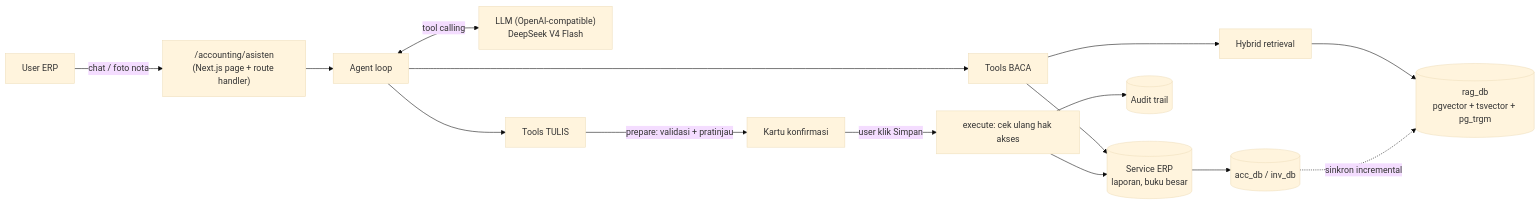
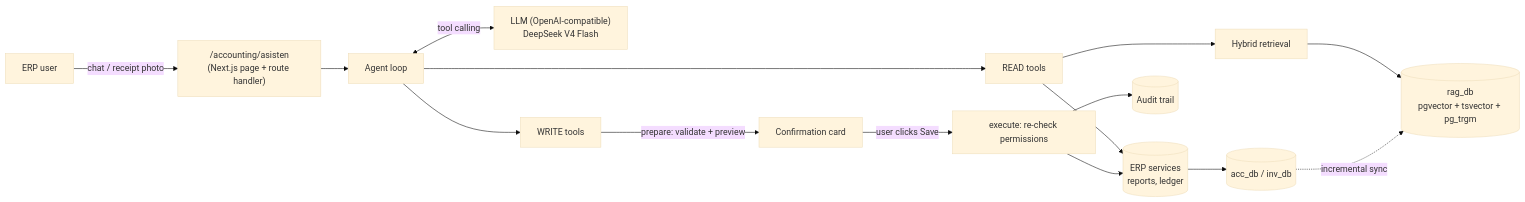
Before and after one commit to TaufikArsandi/RAG-BLS: the first of 2 diagrams in README.md, drawn with Mermaid (base theme). The commit also changed other lines of this file, not shown here.

````diff
--- a/README.md
+++ b/README.md
@@ -42,17 +42,17 @@
 ```mermaid
 flowchart LR
-  U[User ERP] -->|chat / foto nota| P["/accounting/asisten<br/>(Next.js page + route handler)"]
+  U[ERP user] -->|chat / receipt photo| P["/accounting/asisten<br/>(Next.js page + route handler)"]
   P --> A[Agent loop]
   A <-->|tool calling| L["LLM (OpenAI-compatible)<br/>DeepSeek V4 Flash"]
-  A --> R[Tools BACA]
-  A --> W[Tools TULIS]
-  R --> S[(Service ERP<br/>laporan, buku besar)]
+  A --> R[READ tools]
+  A --> W[WRITE tools]
+  R --> S[(ERP services<br/>reports, ledger)]
   R --> H[Hybrid retrieval]
   H --> V[("rag_db<br/>pgvector + tsvector + pg_trgm")]
-  W -->|prepare: validasi + pratinjau| C[Kartu konfirmasi]
-  C -->|user klik Simpan| X[execute: cek ulang hak akses]
+  W -->|prepare: validate + preview| C[Confirmation card]
+  C -->|user clicks Save| X[execute: re-check permissions]
   X --> S
   X --> AU[(Audit trail)]
   S --> DB[(acc_db / inv_db)]
-  DB -. sinkron incremental .-> V
+  DB -. incremental sync .-> V
 ```
````
